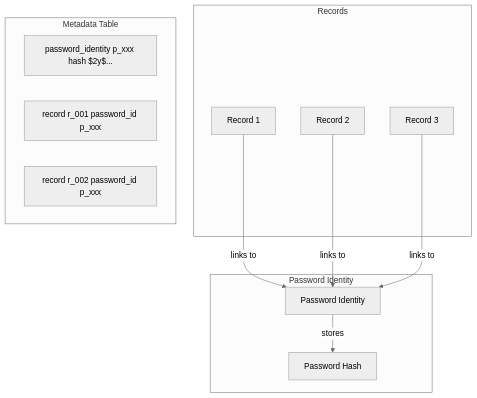
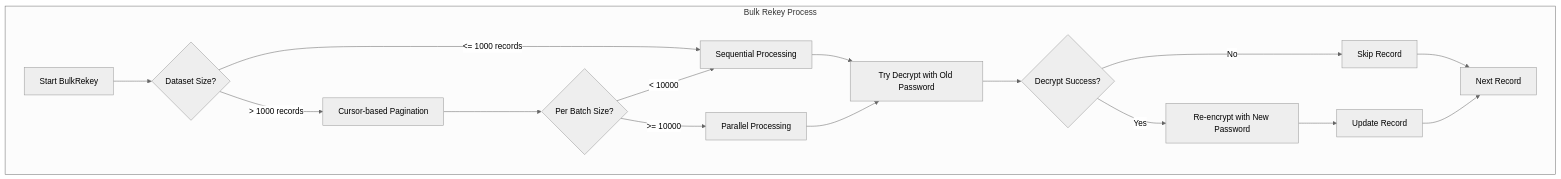
Before and after one commit to dracory/vaultstore: the fifth of 5 diagrams in docs/livewiki/architecture.md, drawn with Mermaid (neutral theme). The commit also changed other lines of this file and 9 other files, not shown here.

Commit message:
docs: update bulk rekey documentation

````diff
--- a/docs/livewiki/architecture.md
+++ b/docs/livewiki/architecture.md
@@ -291,18 +279,19 @@
 ```mermaid
 graph TB
-    subgraph "Password Identity"
-        PI[Password Identity] --> |stores| PH[Password Hash]
-    end
-    
-    subgraph "Records"
-        R1[Record 1] --> |links to| PI
-        R2[Record 2] --> |links to| PI
-        R3[Record 3] --> |links to| PI
-    end
-    
-    subgraph "Metadata Table"
-        M1[password_identity p_xxx hash $2y$...]
-        M2[record r_001 password_id p_xxx]
-        M3[record r_002 password_id p_xxx]
+    subgraph "Bulk Rekey Process"
+        A[Start BulkRekey] --> B{Dataset Size?}
+        B -->|<= 1000 records| C[Sequential Processing]
+        B -->|> 1000 records| D[Cursor-based Pagination]
+        D --> E{Per Batch Size?}
+        E -->|< 10000| C
+        E -->|>= 10000| F[Parallel Processing]
+        C --> G[Try Decrypt with Old Password]
+        F --> G
+        G --> H{Decrypt Success?}
+        H -->|Yes| I[Re-encrypt with New Password]
+        H -->|No| J[Skip Record]
+        I --> K[Update Record]
+        J --> L[Next Record]
+        K --> L
     end
 ```
````
